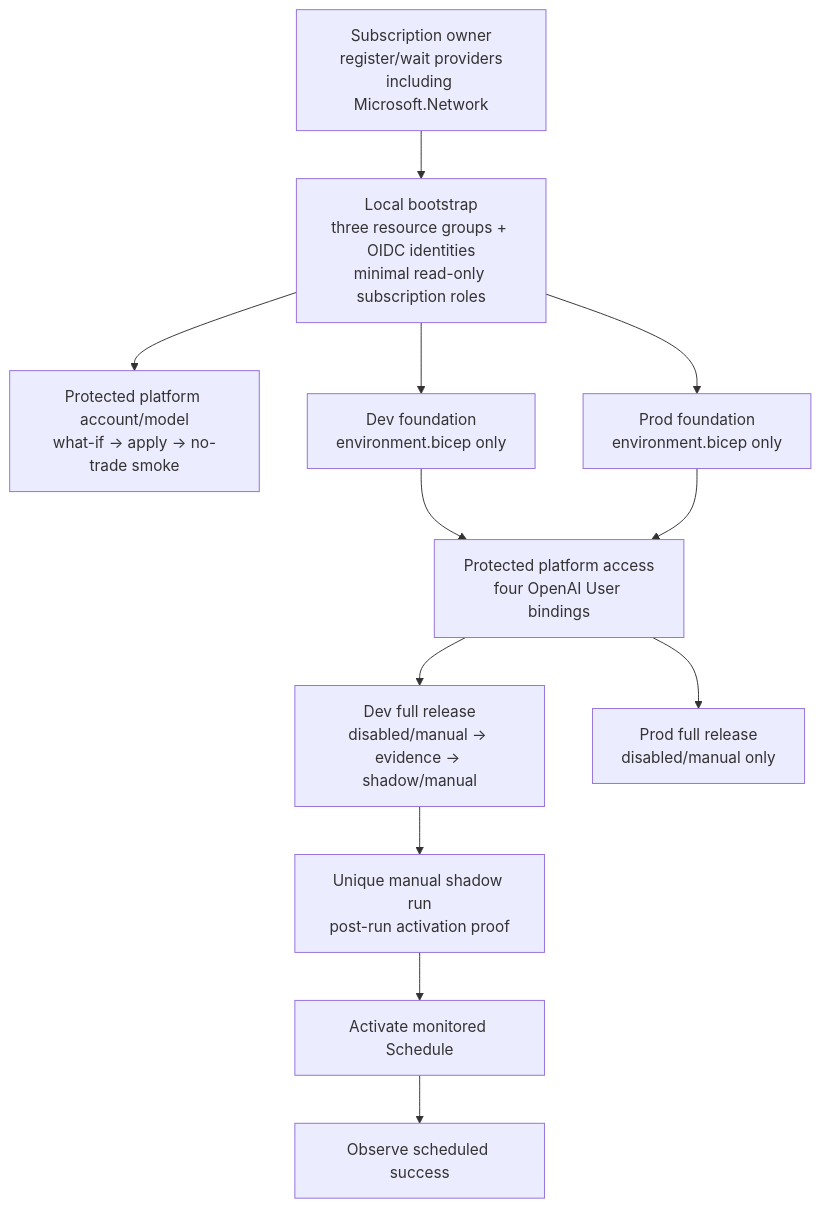
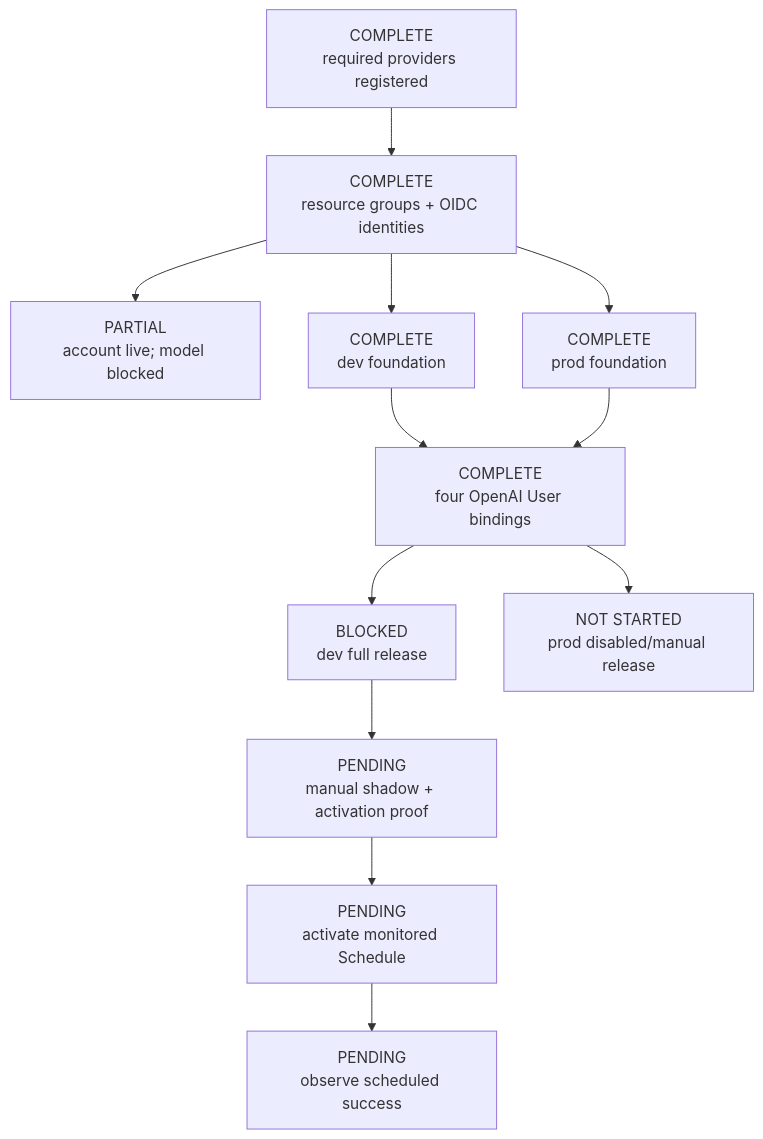
Before and after one commit to The-weyland-yutani-corporation/project-krypto-dog: the second of 2 diagrams in specs/architecture.md, drawn with Mermaid. The commit also changed other lines of this file and 4 other files, not shown here.

````diff
--- a/specs/architecture.md
+++ b/specs/architecture.md
@@ -175,23 +179,23 @@
 ```mermaid
 flowchart TD
-  PROVIDERS["Subscription owner<br/>register/wait providers<br/>including Microsoft.Network"]
-  BOOT["Local bootstrap<br/>three resource groups + OIDC identities<br/>minimal read-only subscription roles"]
-  PLATFORM["Protected platform account/model<br/>what-if → apply → no-trade smoke"]
-  DEV_FOUNDATION["Dev foundation<br/>environment.bicep only"]
-  PROD_FOUNDATION["Prod foundation<br/>environment.bicep only"]
-  ACCESS["Protected platform access<br/>four OpenAI User bindings"]
-  DEV_FULL["Dev full release<br/>disabled/manual → evidence → shadow/manual"]
-  DEV_MANUAL["Unique manual shadow run<br/>post-run activation proof"]
-  DEV_SCHEDULE["Activate monitored Schedule"]
-  DEV_OBSERVE["Observe scheduled success"]
-  PROD_FULL["Prod full release<br/>disabled/manual only"]
+  PROVIDERS["COMPLETE<br/>required providers registered"]
+  BOOT["COMPLETE<br/>resource groups + OIDC identities"]
+  PLATFORM["PARTIAL<br/>account live; model blocked"]
+  DEV_FOUNDATION["COMPLETE<br/>dev foundation"]
+  PROD_FOUNDATION["COMPLETE<br/>prod foundation"]
+  ACCESS["COMPLETE<br/>four OpenAI User bindings"]
+  DEV_FULL["BLOCKED<br/>dev full release"]
+  DEV_MANUAL["PENDING<br/>manual shadow + activation proof"]
+  DEV_SCHEDULE["PENDING<br/>activate monitored Schedule"]
+  DEV_OBSERVE["PENDING<br/>observe scheduled success"]
+  PROD_FULL["NOT STARTED<br/>prod disabled/manual release"]
 
   PROVIDERS --> BOOT
   BOOT --> PLATFORM
   BOOT --> DEV_FOUNDATION
   BOOT --> PROD_FOUNDATION
   DEV_FOUNDATION --> ACCESS
   PROD_FOUNDATION --> ACCESS
   ACCESS --> DEV_FULL --> DEV_MANUAL --> DEV_SCHEDULE --> DEV_OBSERVE
   ACCESS --> PROD_FULL
 ```
````
